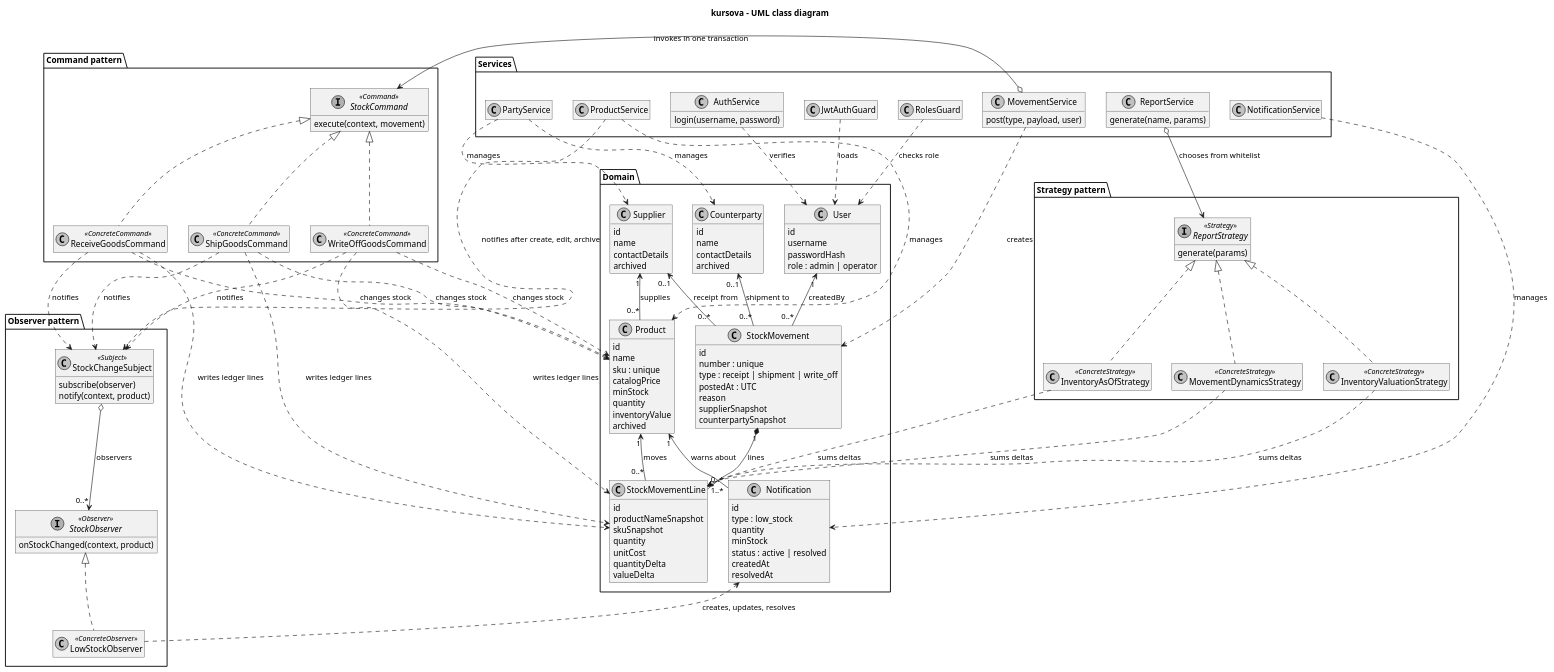
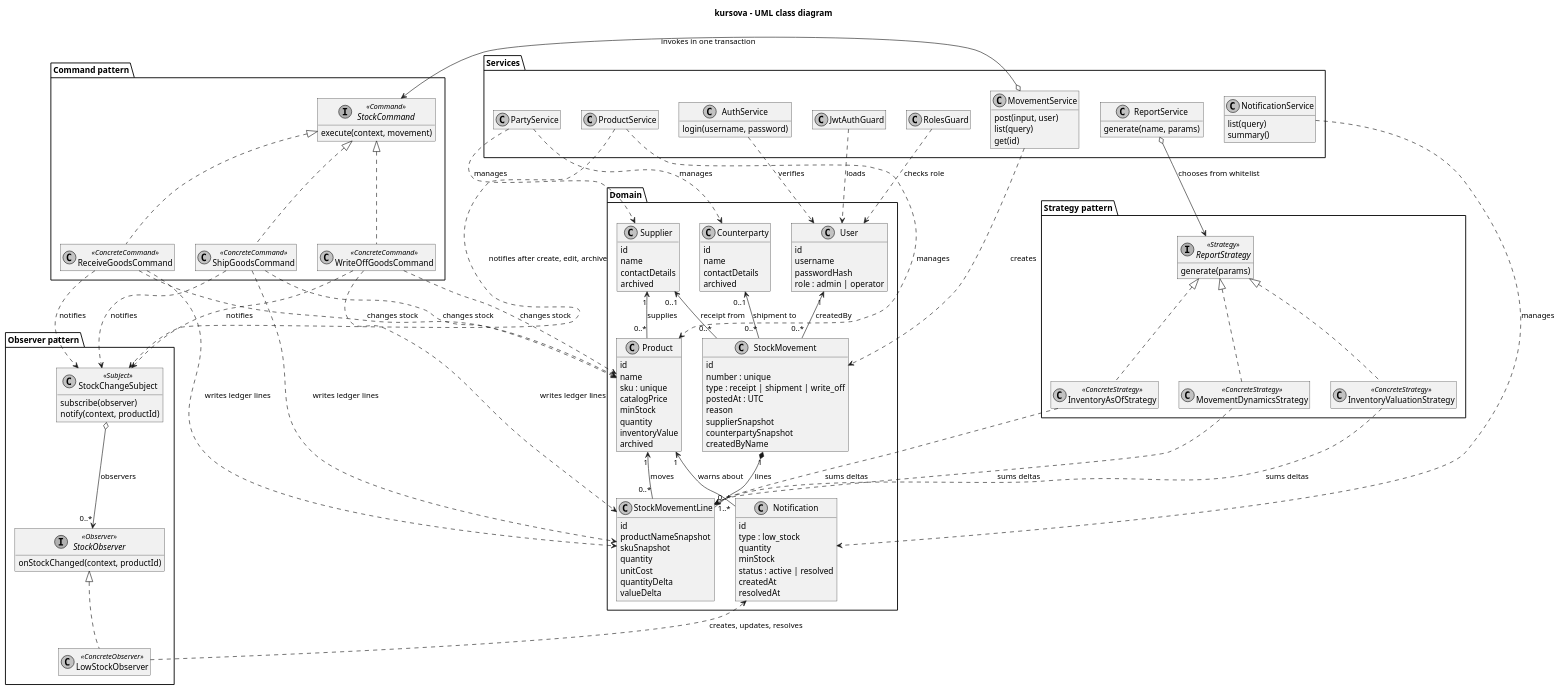
Before and after one commit to iboiko-ir/kursova-var2: the diagram in docs/diagrams/class-diagram.puml, drawn with PlantUML. The commit also changed 2 other files, not shown here.

Commit message:
docs: describe Command and Observer patterns and update class diagram

```diff
--- a/docs/diagrams/class-diagram.puml
+++ b/docs/diagrams/class-diagram.puml
@@ -1,162 +1,168 @@
 @startuml class-diagram
 title kursova - UML class diagram
 skinparam shadowing false
 skinparam monochrome true
 skinparam roundCorner 0
 skinparam classAttributeIconSize 0
 hide empty members
 
 package "Domain" {
   class User {
     id
     username
     passwordHash
     role : admin | operator
   }
 
   class Supplier {
     id
     name
     contactDetails
     archived
   }
 
   class Counterparty {
     id
     name
     contactDetails
     archived
   }
 
   class Product {
     id
     name
     sku : unique
     catalogPrice
     minStock
     quantity
     inventoryValue
     archived
   }
 
   class StockMovement {
     id
     number : unique
     type : receipt | shipment | write_off
     postedAt : UTC
     reason
     supplierSnapshot
     counterpartySnapshot
+    createdByName
   }
 
   class StockMovementLine {
     id
     productNameSnapshot
     skuSnapshot
     quantity
     unitCost
     quantityDelta
     valueDelta
   }
 
   class Notification {
     id
     type : low_stock
     quantity
     minStock
     status : active | resolved
     createdAt
     resolvedAt
   }
 }
 
 User "1" <-- "0..*" StockMovement : createdBy
 Supplier "1" <-- "0..*" Product : supplies
 Supplier "0..1" <-- "0..*" StockMovement : receipt from
 Counterparty "0..1" <-- "0..*" StockMovement : shipment to
 StockMovement "1" *-- "1..*" StockMovementLine : lines
 Product "1" <-- "0..*" StockMovementLine : moves
 Product "1" <-- "0..*" Notification : warns about
 
 package "Services" {
   class AuthService {
     login(username, password)
   }
   class JwtAuthGuard
   class RolesGuard
   class ProductService
   class PartyService
   class MovementService {
-    post(type, payload, user)
+    post(input, user)
+    list(query)
+    get(id)
   }
-  class NotificationService
+  class NotificationService {
+    list(query)
+    summary()
+  }
   class ReportService {
     generate(name, params)
   }
 }
 
 MovementService ..> StockMovement : creates
 ProductService ..> Product : manages
 PartyService ..> Supplier : manages
 PartyService ..> Counterparty : manages
 NotificationService ..> Notification : manages
 AuthService ..> User : verifies
 JwtAuthGuard ..> User : loads
 RolesGuard ..> User : checks role
 
 package "Command pattern" {
   interface StockCommand <<Command>> {
     execute(context, movement)
   }
   class ReceiveGoodsCommand <<ConcreteCommand>>
   class ShipGoodsCommand <<ConcreteCommand>>
   class WriteOffGoodsCommand <<ConcreteCommand>>
 }
 
 StockCommand <|.. ReceiveGoodsCommand
 StockCommand <|.. ShipGoodsCommand
 StockCommand <|.. WriteOffGoodsCommand
 MovementService o--> StockCommand : invokes in one transaction
 ReceiveGoodsCommand ..> StockMovementLine : writes ledger lines
 ShipGoodsCommand ..> StockMovementLine : writes ledger lines
 WriteOffGoodsCommand ..> StockMovementLine : writes ledger lines
 ReceiveGoodsCommand ..> Product : changes stock
 ShipGoodsCommand ..> Product : changes stock
 WriteOffGoodsCommand ..> Product : changes stock
 
 package "Observer pattern" {
   class StockChangeSubject <<Subject>> {
     subscribe(observer)
-    notify(context, product)
+    notify(context, productId)
   }
   interface StockObserver <<Observer>> {
-    onStockChanged(context, product)
+    onStockChanged(context, productId)
   }
   class LowStockObserver <<ConcreteObserver>>
 }
 
 StockChangeSubject o--> "0..*" StockObserver : observers
 StockObserver <|.. LowStockObserver
 LowStockObserver ..> Notification : creates, updates, resolves
 ReceiveGoodsCommand ..> StockChangeSubject : notifies
 ShipGoodsCommand ..> StockChangeSubject : notifies
 WriteOffGoodsCommand ..> StockChangeSubject : notifies
 ProductService ..> StockChangeSubject : notifies after create, edit, archive
 
 package "Strategy pattern" {
   interface ReportStrategy <<Strategy>> {
     generate(params)
   }
   class InventoryAsOfStrategy <<ConcreteStrategy>>
   class MovementDynamicsStrategy <<ConcreteStrategy>>
   class InventoryValuationStrategy <<ConcreteStrategy>>
 }
 
 ReportStrategy <|.. InventoryAsOfStrategy
 ReportStrategy <|.. MovementDynamicsStrategy
 ReportStrategy <|.. InventoryValuationStrategy
 ReportService o--> ReportStrategy : chooses from whitelist
 InventoryAsOfStrategy ..> StockMovementLine : sums deltas
 MovementDynamicsStrategy ..> StockMovementLine : sums deltas
 InventoryValuationStrategy ..> StockMovementLine : sums deltas
 @enduml
```
